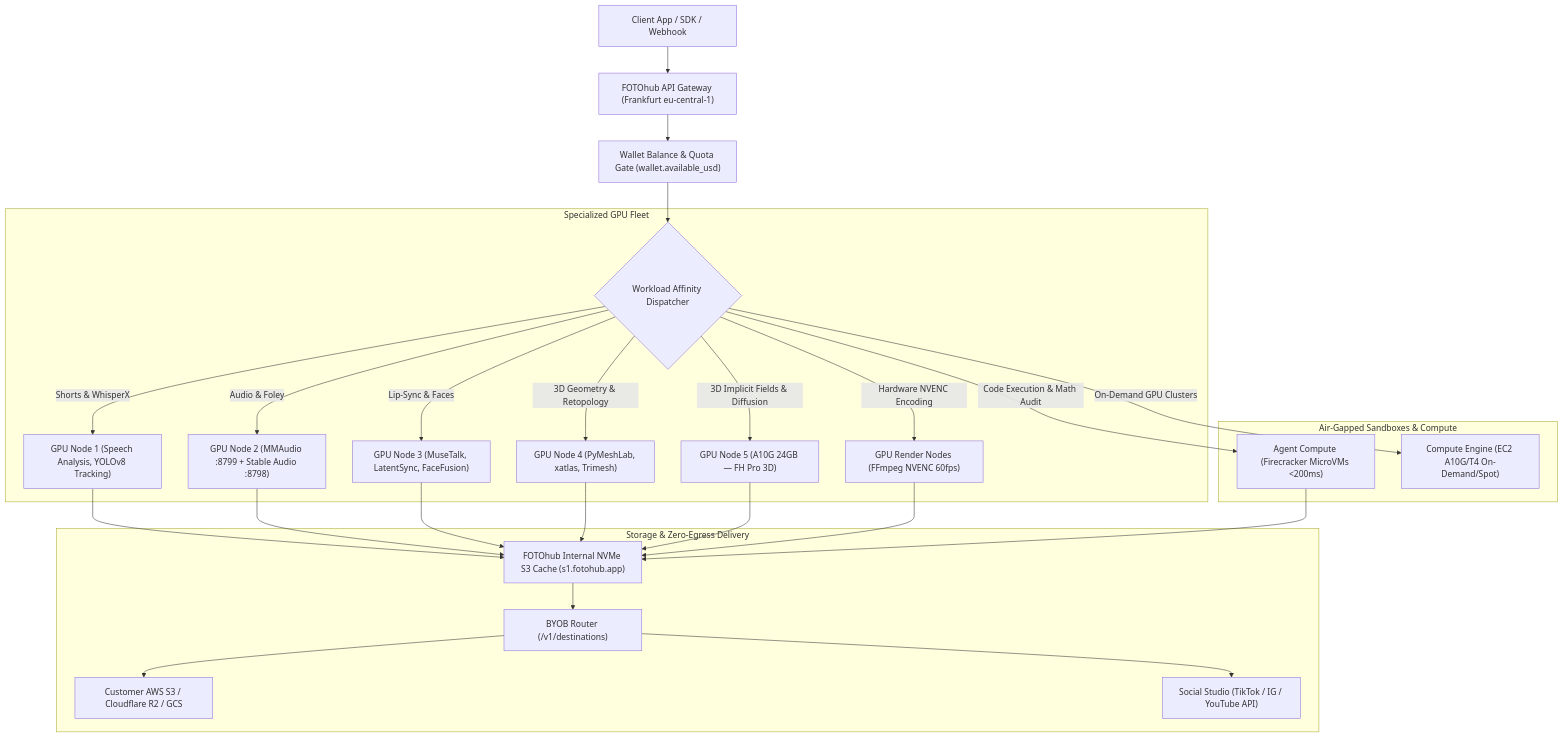
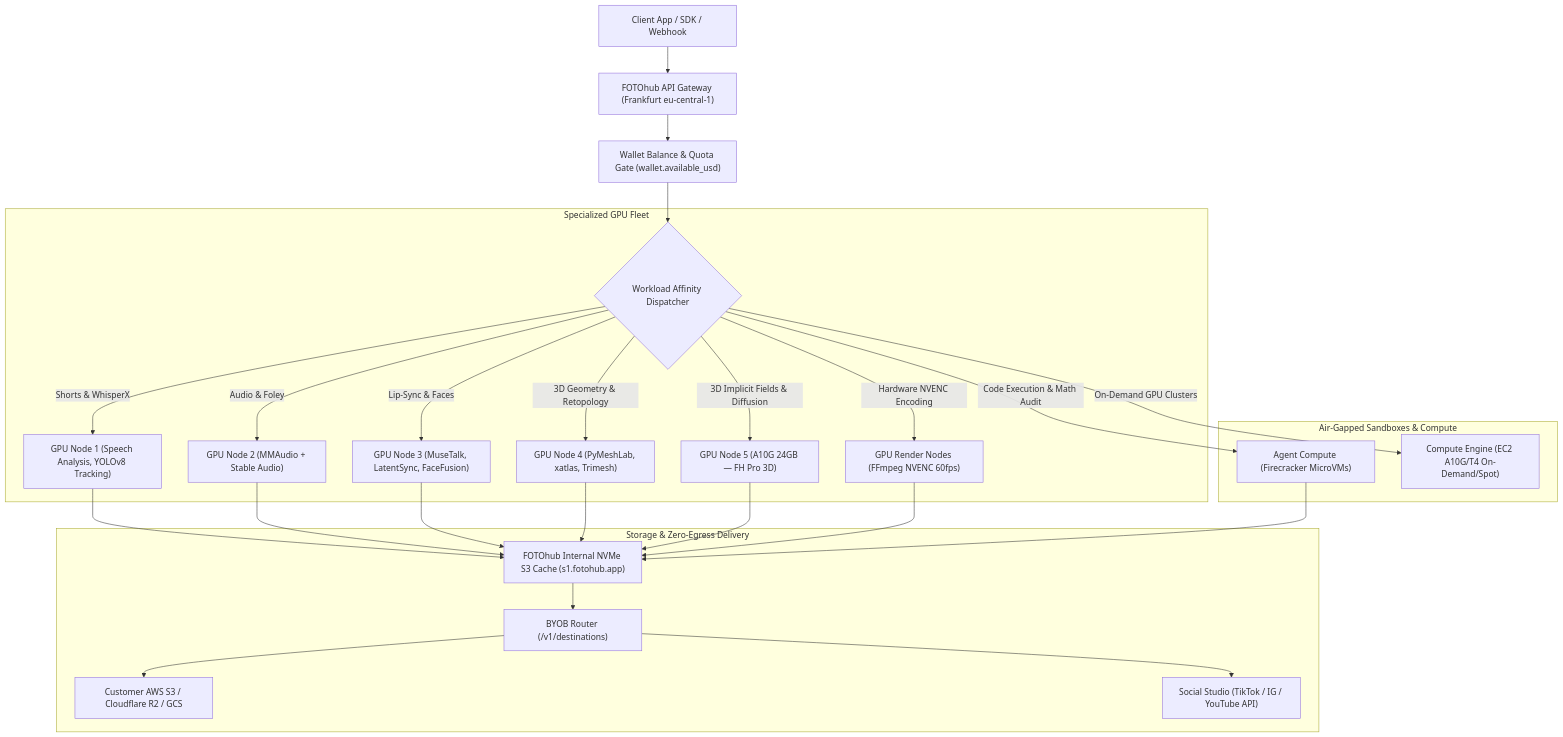
The diagram in recipes/overview.md (fotohubapp/docs), drawn with Mermaid before and after one commit. The commit also changed other lines of this file and 91 other files, not shown here.

````diff
--- a/recipes/overview.md
+++ b/recipes/overview.md
@@ -33,27 +33,27 @@
 ```mermaid
 flowchart TD
     Client["Client App / SDK / Webhook"] --> API["FOTOhub API Gateway (Frankfurt eu-central-1)"]
     API --> Preflight["Wallet Balance & Quota Gate (wallet.available_usd)"]
     Preflight --> Router{"Workload Affinity Dispatcher"}
 
     subgraph "Specialized GPU Fleet"
         Router -->|"Shorts & WhisperX"| GPU1["GPU Node 1 (Speech Analysis, YOLOv8 Tracking)"]
-        Router -->|"Audio & Foley"| GPU2["GPU Node 2 (MMAudio :8799 + Stable Audio :8798)"]
+        Router -->|"Audio & Foley"| GPU2["GPU Node 2 (MMAudio + Stable Audio)"]
         Router -->|"Lip-Sync & Faces"| GPU3["GPU Node 3 (MuseTalk, LatentSync, FaceFusion)"]
         Router -->|"3D Geometry & Retopology"| GPU4["GPU Node 4 (PyMeshLab, xatlas, Trimesh)"]
         Router -->|"3D Implicit Fields & Diffusion"| GPU5["GPU Node 5 (A10G 24GB — FH Pro 3D)"]
         Router -->|"Hardware NVENC Encoding"| NVENC["GPU Render Nodes (FFmpeg NVENC 60fps)"]
     end
 
     subgraph "Air-Gapped Sandboxes & Compute"
-        Router -->|"Code Execution & Math Audit"| Firecracker["Agent Compute (Firecracker MicroVMs <200ms)"]
+        Router -->|"Code Execution & Math Audit"| Firecracker["Agent Compute (Firecracker MicroVMs)"]
         Router -->|"On-Demand GPU Clusters"| ComputeEngine["Compute Engine (EC2 A10G/T4 On-Demand/Spot)"]
     end
 
     subgraph "Storage & Zero-Egress Delivery"
         GPU1 & GPU2 & GPU3 & GPU4 & GPU5 & NVENC & Firecracker --> S3Cache["FOTOhub Internal NVMe S3 Cache (s1.fotohub.app)"]
         S3Cache --> Destinations["BYOB Router (/v1/destinations)"]
         Destinations --> ExternalS3["Customer AWS S3 / Cloudflare R2 / GCS"]
         Destinations --> SocialPublish["Social Studio (TikTok / IG / YouTube API)"]
     end
 ```
````
